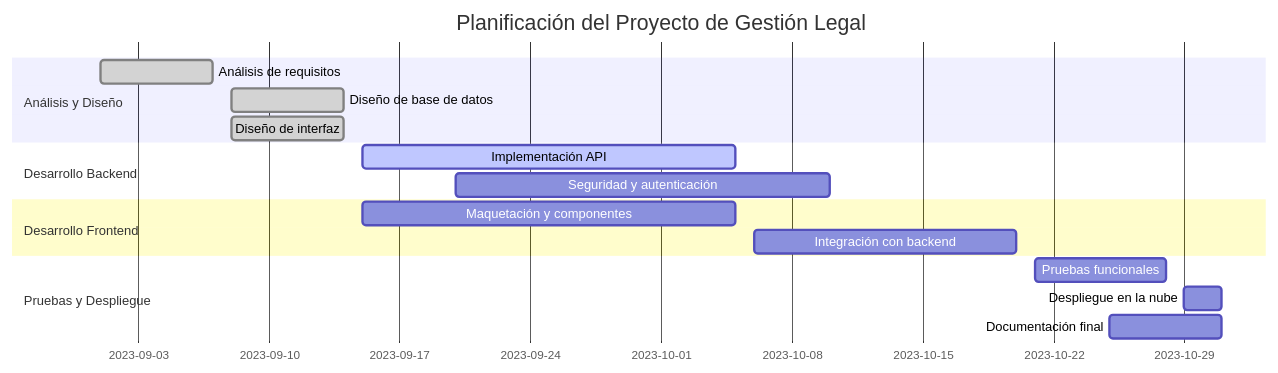
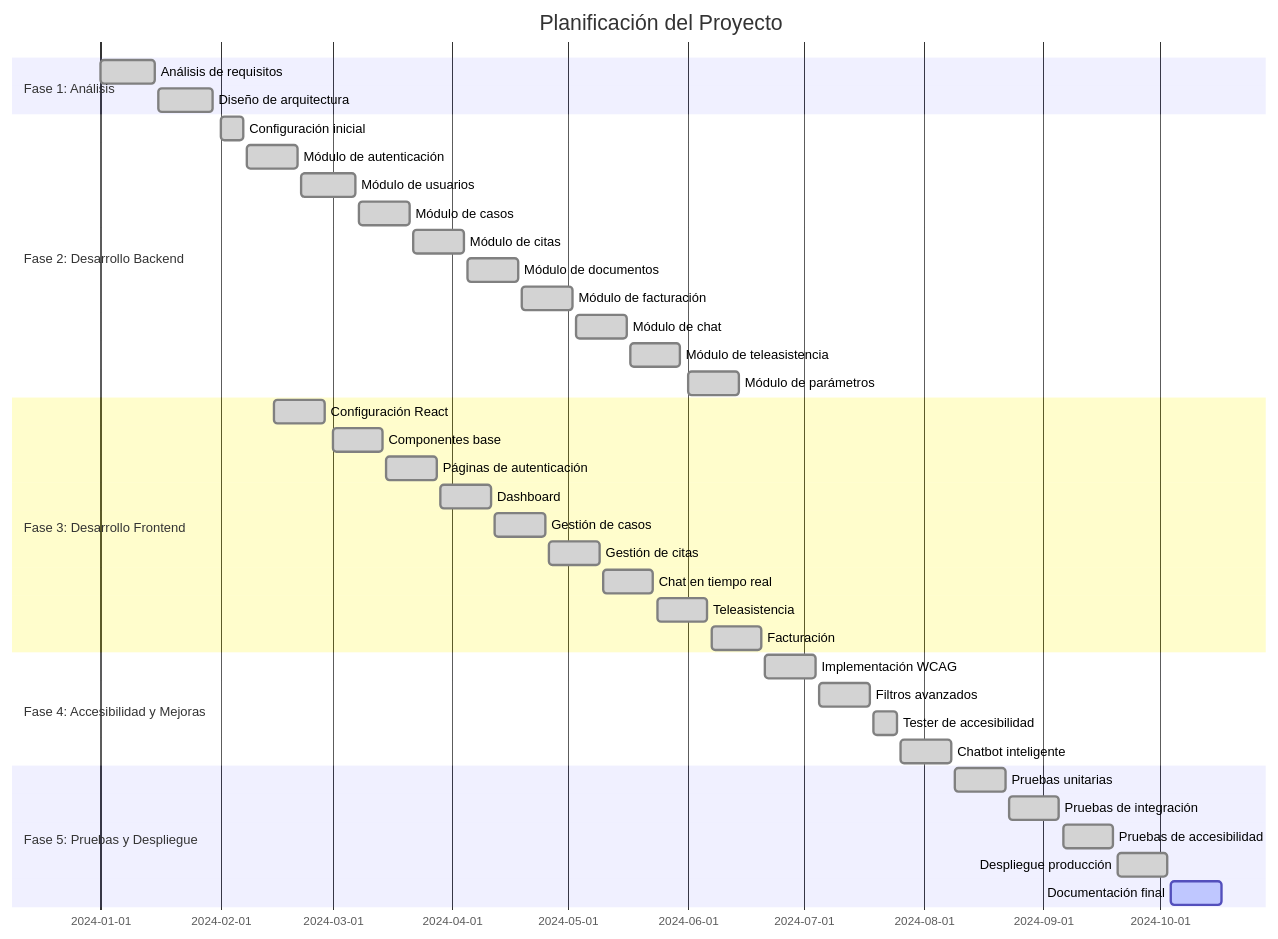
One commit to gracobjo/experimento2 changed the sixth of 6 diagrams in documentacion/proyecto/DOCUMENTACION_A_ENTREGAR.md. Above: the diagram before and after it, drawn with Mermaid. The commit also changed other lines of this file and 158 other files, not shown here.

Commit message:
Actualización de facturación profesional: PDF y previsualización idénticos, QR con verificación, formato numérico español, documentación y .gitignore mejorados

````diff
--- a/documentacion/proyecto/DOCUMENTACION_A_ENTREGAR.md
+++ b/documentacion/proyecto/DOCUMENTACION_A_ENTREGAR.md
@@ -327,19 +471,40 @@
 ```mermaid
 gantt
-title Planificación del Proyecto de Gestión Legal
+    title Planificación del Proyecto
     dateFormat  YYYY-MM-DD
-    section Análisis y Diseño
-    Análisis de requisitos      :done,    a1, 2023-09-01, 2023-09-07
-    Diseño de base de datos     :done,    a2, 2023-09-08, 2023-09-14
-    Diseño de interfaz          :done,    a3, 2023-09-08, 2023-09-14
-    section Desarrollo Backend
-    Implementación API          :active,  b1, 2023-09-15, 2023-10-05
-    Seguridad y autenticación   :         b2, 2023-09-20, 2023-10-10
-    section Desarrollo Frontend
-    Maquetación y componentes   :         c1, 2023-09-15, 2023-10-05
-    Integración con backend     :         c2, 2023-10-06, 2023-10-20
-    section Pruebas y Despliegue
-    Pruebas funcionales         :         d1, 2023-10-21, 2023-10-28
-    Despliegue en la nube       :         d2, 2023-10-29, 2023-10-31
-    Documentación final         :         d3, 2023-10-25, 2023-10-31
+    section Fase 1: Análisis
+    Análisis de requisitos    :done, req1, 2024-01-01, 2024-01-15
+    Diseño de arquitectura   :done, arch1, 2024-01-16, 2024-01-30
+    section Fase 2: Desarrollo Backend
+    Configuración inicial    :done, setup1, 2024-02-01, 2024-02-07
+    Módulo de autenticación  :done, auth1, 2024-02-08, 2024-02-21
+    Módulo de usuarios       :done, users1, 2024-02-22, 2024-03-07
+    Módulo de casos          :done, cases1, 2024-03-08, 2024-03-21
+    Módulo de citas          :done, appointments1, 2024-03-22, 2024-04-04
+    Módulo de documentos     :done, docs1, 2024-04-05, 2024-04-18
+    Módulo de facturación    :done, invoices1, 2024-04-19, 2024-05-02
+    Módulo de chat           :done, chat1, 2024-05-03, 2024-05-16
+    Módulo de teleasistencia :done, tele1, 2024-05-17, 2024-05-30
+    Módulo de parámetros     :done, params1, 2024-06-01, 2024-06-14
+    section Fase 3: Desarrollo Frontend
+    Configuración React      :done, react1, 2024-02-15, 2024-02-28
+    Componentes base         :done, comp1, 2024-03-01, 2024-03-14
+    Páginas de autenticación :done, auth2, 2024-03-15, 2024-03-28
+    Dashboard                :done, dash1, 2024-03-29, 2024-04-11
+    Gestión de casos         :done, cases2, 2024-04-12, 2024-04-25
+    Gestión de citas         :done, appointments2, 2024-04-26, 2024-05-09
+    Chat en tiempo real      :done, chat2, 2024-05-10, 2024-05-23
+    Teleasistencia           :done, tele2, 2024-05-24, 2024-06-06
+    Facturación              :done, invoices2, 2024-06-07, 2024-06-20
+    section Fase 4: Accesibilidad y Mejoras
+    Implementación WCAG      :done, wcag1, 2024-06-21, 2024-07-04
+    Filtros avanzados        :done, filters1, 2024-07-05, 2024-07-18
+    Tester de accesibilidad  :done, tester1, 2024-07-19, 2024-07-25
+    Chatbot inteligente      :done, bot1, 2024-07-26, 2024-08-08
+    section Fase 5: Pruebas y Despliegue
+    Pruebas unitarias        :done, test1, 2024-08-09, 2024-08-22
+    Pruebas de integración   :done, test2, 2024-08-23, 2024-09-05
+    Pruebas de accesibilidad :done, test3, 2024-09-06, 2024-09-19
+    Despliegue producción    :done, deploy1, 2024-09-20, 2024-10-03
+    Documentación final      :active, doc1, 2024-10-04, 2024-10-17
 ```
````
